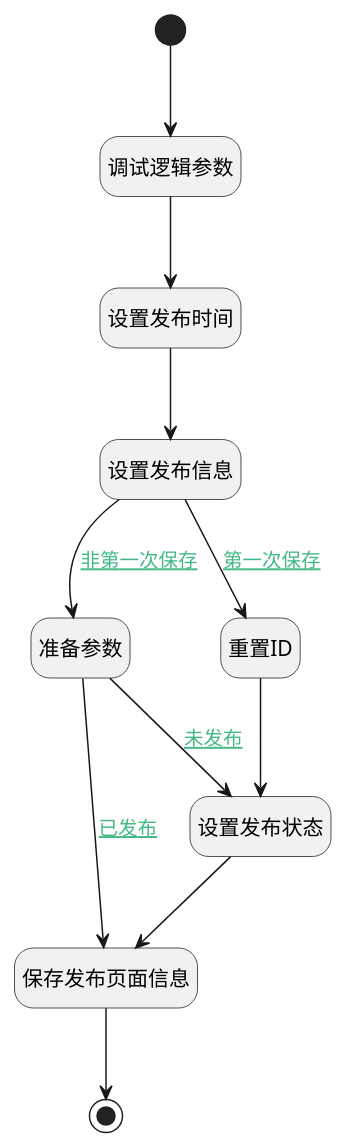
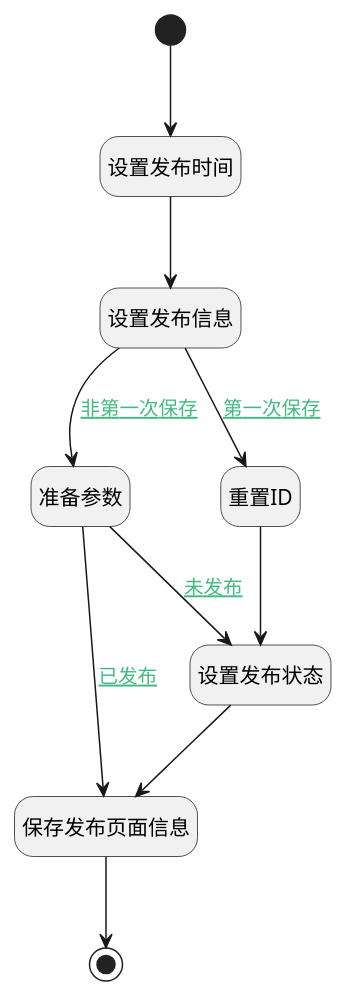
One commit to iBizLab/plm changed the diagram in doc/docsify/module/Wiki/article_page/logic/publish_page.md. Above: the diagram before and after it, drawn with PlantUML. The commit also changed other lines of this file and 2688 other files, not shown here.

````diff
--- a/doc/docsify/module/Wiki/article_page/logic/publish_page.md
+++ b/doc/docsify/module/Wiki/article_page/logic/publish_page.md
@@ -7,35 +7,33 @@
 ```plantuml
 @startuml
 hide empty description
 <style>
 root {
   HyperlinkColor #42b983
 }
 </style>
 
 hide empty description
 state "开始" as Begin <<start>> [[$./publish_page#begin {"开始"}]]
-state "调试逻辑参数" as DEBUGPARAM1  [[$./publish_page#debugparam1 {"调试逻辑参数"}]]
 state "设置发布信息" as PREPAREPARAM1  [[$./publish_page#prepareparam1 {"设置发布信息"}]]
 state "准备参数" as PREPAREPARAM5  [[$./publish_page#prepareparam5 {"准备参数"}]]
 state "设置发布时间" as RAWSFCODE1  [[$./publish_page#rawsfcode1 {"设置发布时间"}]]
 state "重置ID" as PREPAREPARAM4  [[$./publish_page#prepareparam4 {"重置ID"}]]
 state "设置发布状态" as PREPAREPARAM2  [[$./publish_page#prepareparam2 {"设置发布状态"}]]
 state "保存发布页面信息" as DEACTION2  [[$./publish_page#deaction2 {"保存发布页面信息"}]]
 state "结束" as END2 <<end>> [[$./publish_page#end2 {"结束"}]]
 
 
-Begin --> DEBUGPARAM1
-DEBUGPARAM1 --> RAWSFCODE1
+Begin --> RAWSFCODE1
 RAWSFCODE1 --> PREPAREPARAM1
 PREPAREPARAM1 --> PREPAREPARAM4 : [[$./publish_page#prepareparam1-prepareparam4{第一次保存} 第一次保存]]
 PREPAREPARAM4 --> PREPAREPARAM2
 PREPAREPARAM2 --> DEACTION2
 DEACTION2 --> END2
 PREPAREPARAM1 --> PREPAREPARAM5 : [[$./publish_page#prepareparam1-prepareparam5{非第一次保存} 非第一次保存]]
 PREPAREPARAM5 --> DEACTION2 : [[$./publish_page#prepareparam5-deaction2{已发布} 已发布]]
 PREPAREPARAM5 --> PREPAREPARAM2 : [[$./publish_page#prepareparam5-prepareparam2{未发布} 未发布]]
 
 
 @enduml
 ```
````
